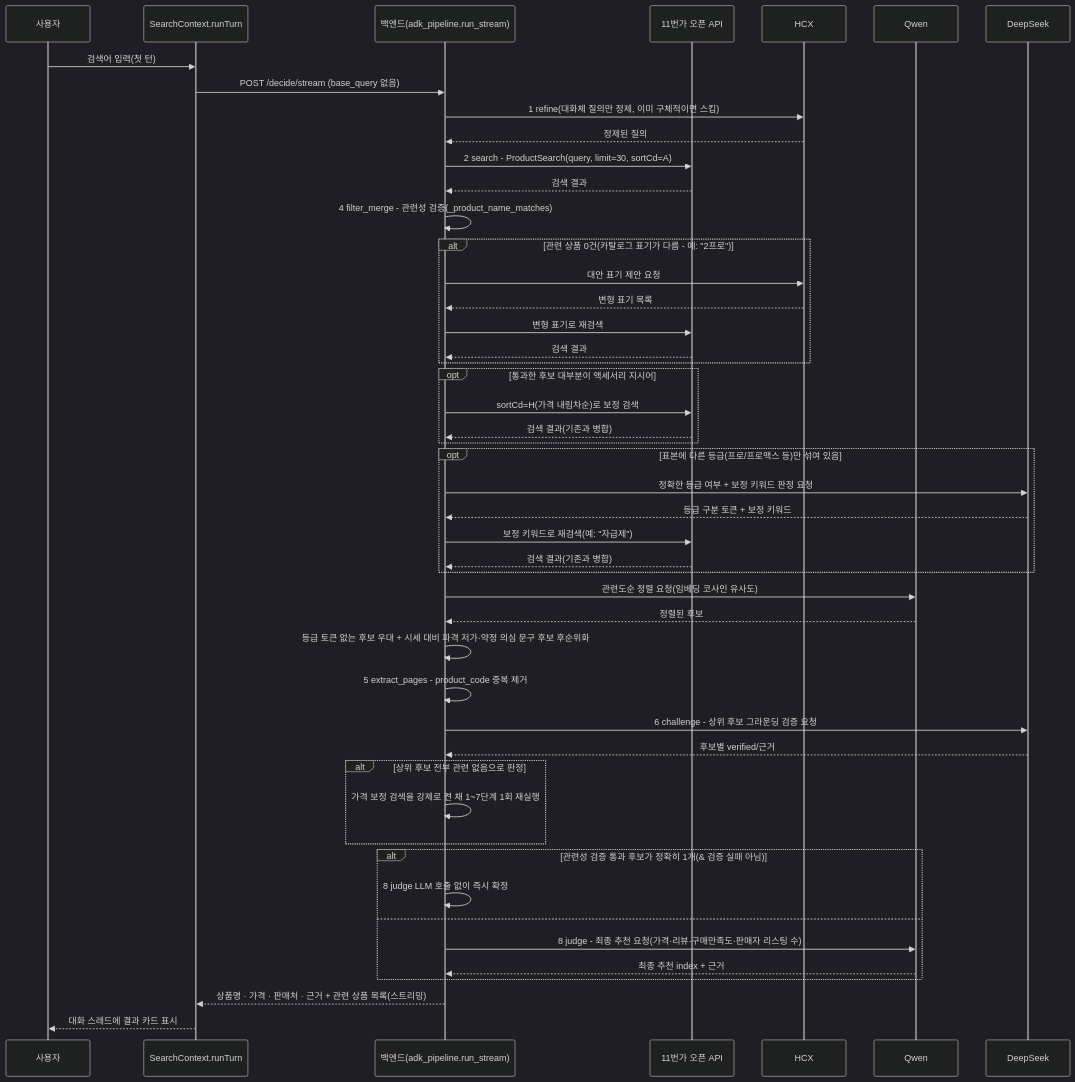
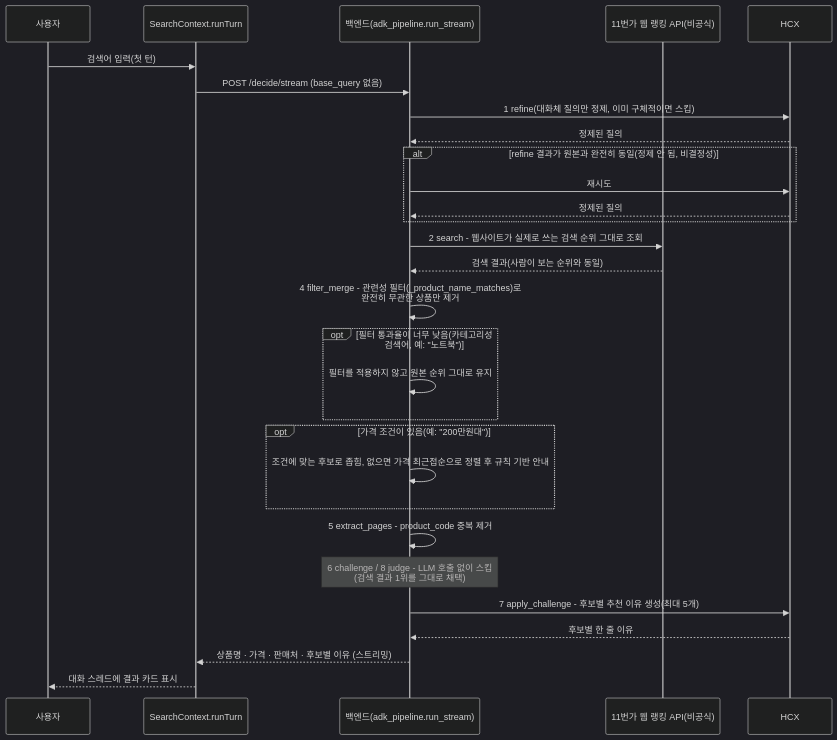
One commit to Alpha-pick00/Prototype1 changed the second of 2 diagrams in README.md. Above: the diagram before and after it, drawn with Mermaid (dark theme). The commit also changed other lines of this file, not shown here.

````diff
--- a/README.md
+++ b/README.md
@@ -215,51 +220,32 @@
 ```mermaid
 sequenceDiagram
     participant U as 사용자
     participant CTX as SearchContext.runTurn
     participant B as 백엔드(adk_pipeline.run_stream)
-    participant E as 11번가 오픈 API
+    participant W as 11번가 웹 랭킹 API(비공식)
     participant H as HCX
-    participant Q as Qwen
-    participant D as DeepSeek
 
     U->>CTX: 검색어 입력(첫 턴)
     CTX->>B: POST /decide/stream (base_query 없음)
     B->>H: 1 refine(대화체 질의만 정제, 이미 구체적이면 스킵)
     H-->>B: 정제된 질의
-    B->>E: 2 search - ProductSearch(query, limit=30, sortCd=A)
-    E-->>B: 검색 결과
-    B->>B: 4 filter_merge - 관련성 검증(_product_name_matches)
-    alt 관련 상품 0건(카탈로그 표기가 다름 - 예: "2프로")
-        B->>H: 대안 표기 제안 요청
-        H-->>B: 변형 표기 목록
-        B->>E: 변형 표기로 재검색
-        E-->>B: 검색 결과
+    alt refine 결과가 원본과 완전히 동일(정제 안 됨, 비결정성)
+        B->>H: 재시도
+        H-->>B: 정제된 질의
     end
-    opt 통과한 후보 대부분이 액세서리 지시어
-        B->>E: sortCd=H(가격 내림차순)로 보정 검색
-        E-->>B: 검색 결과(기존과 병합)
+    B->>W: 2 search - 웹사이트가 실제로 쓰는 검색 순위 그대로 조회
+    W-->>B: 검색 결과(사람이 보는 순위와 동일)
+    B->>B: 4 filter_merge - 관련성 필터(_product_name_matches)로<br/>완전히 무관한 상품만 제거
+    opt 필터 통과율이 너무 낮음(카테고리성 검색어, 예: "노트북")
+        B->>B: 필터를 적용하지 않고 원본 순위 그대로 유지
     end
-    opt 표본에 다른 등급(프로/프로맥스 등)만 섞여 있음
-        B->>D: 정확한 등급 여부 + 보정 키워드 판정 요청
-        D-->>B: 등급 구분 토큰 + 보정 키워드
-        B->>E: 보정 키워드로 재검색(예: "자급제")
-        E-->>B: 검색 결과(기존과 병합)
+    opt 가격 조건이 있음(예: "200만원대")
+        B->>B: 조건에 맞는 후보로 좁힘, 없으면 가격 최근접순으로 정렬 후 규칙 기반 안내
     end
-    B->>Q: 관련도순 정렬 요청(임베딩 코사인 유사도)
-    Q-->>B: 정렬된 후보
-    B->>B: 등급 토큰 없는 후보 우대 + 시세 대비 파격 저가·약정 의심 문구 후보 후순위화
     B->>B: 5 extract_pages - product_code 중복 제거
-    B->>D: 6 challenge - 상위 후보 그라운딩 검증 요청
-    D-->>B: 후보별 verified/근거
-    alt 상위 후보 전부 관련 없음으로 판정
-        B->>B: 가격 보정 검색을 강제로 켠 채 1~7단계 1회 재실행
-    end
-    alt 관련성 검증 통과 후보가 정확히 1개(& 검증 실패 아님)
-        B->>B: 8 judge LLM 호출 없이 즉시 확정
-    else
-        B->>Q: 8 judge - 최종 추천 요청(가격·리뷰·구매만족도·판매자 리스팅 수)
-        Q-->>B: 최종 추천 index + 근거
-    end
-    B-->>CTX: 상품명 · 가격 · 판매처 · 근거 + 관련 상품 목록(스트리밍)
+    Note over B: 6 challenge / 8 judge - LLM 호출 없이 스킵<br/>(검색 결과 1위를 그대로 채택)
+    B->>H: 7 apply_challenge - 후보별 추천 이유 생성(최대 5개)
+    H-->>B: 후보별 한 줄 이유
+    B-->>CTX: 상품명 · 가격 · 판매처 · 후보별 이유 (스트리밍)
     CTX-->>U: 대화 스레드에 결과 카드 표시
 ```
````
